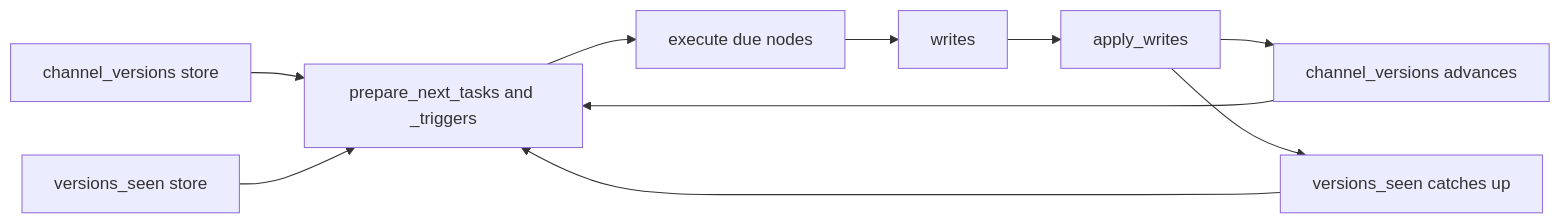
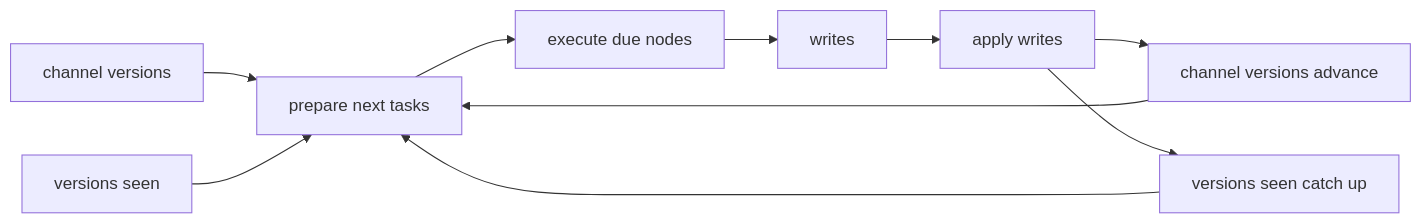
The diagram in 02-what-runs-next.md (joels-sandgarden/langgraph-docs), drawn with Mermaid before and after one commit. The commit also changed other lines of this file, not shown here.

````diff
--- a/02-what-runs-next.md
+++ b/02-what-runs-next.md
@@ -45,12 +45,12 @@
 ```mermaid
 flowchart LR
-  CV[channel_versions store] --> Plan[prepare_next_tasks and _triggers]
-  VS[versions_seen store] --> Plan
+  CV[channel versions] --> Plan[prepare next tasks]
+  VS[versions seen] --> Plan
   Plan --> Run[execute due nodes]
   Run --> Writes[writes]
-  Writes --> Apply[apply_writes]
-  Apply --> Bump[channel_versions advances]
-  Apply --> Seen[versions_seen catches up]
+  Writes --> Apply[apply writes]
+  Apply --> Bump[channel versions advance]
+  Apply --> Seen[versions seen catch up]
   Bump --> Plan
   Seen --> Plan
 ```
````
